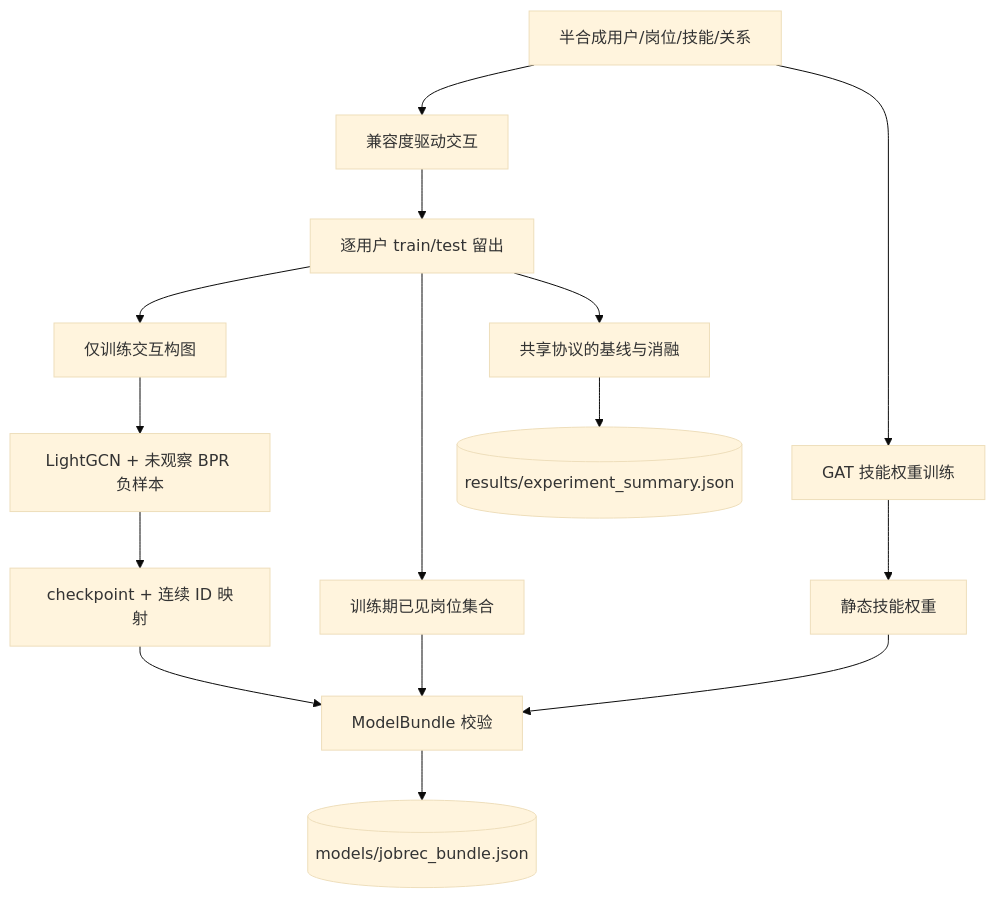
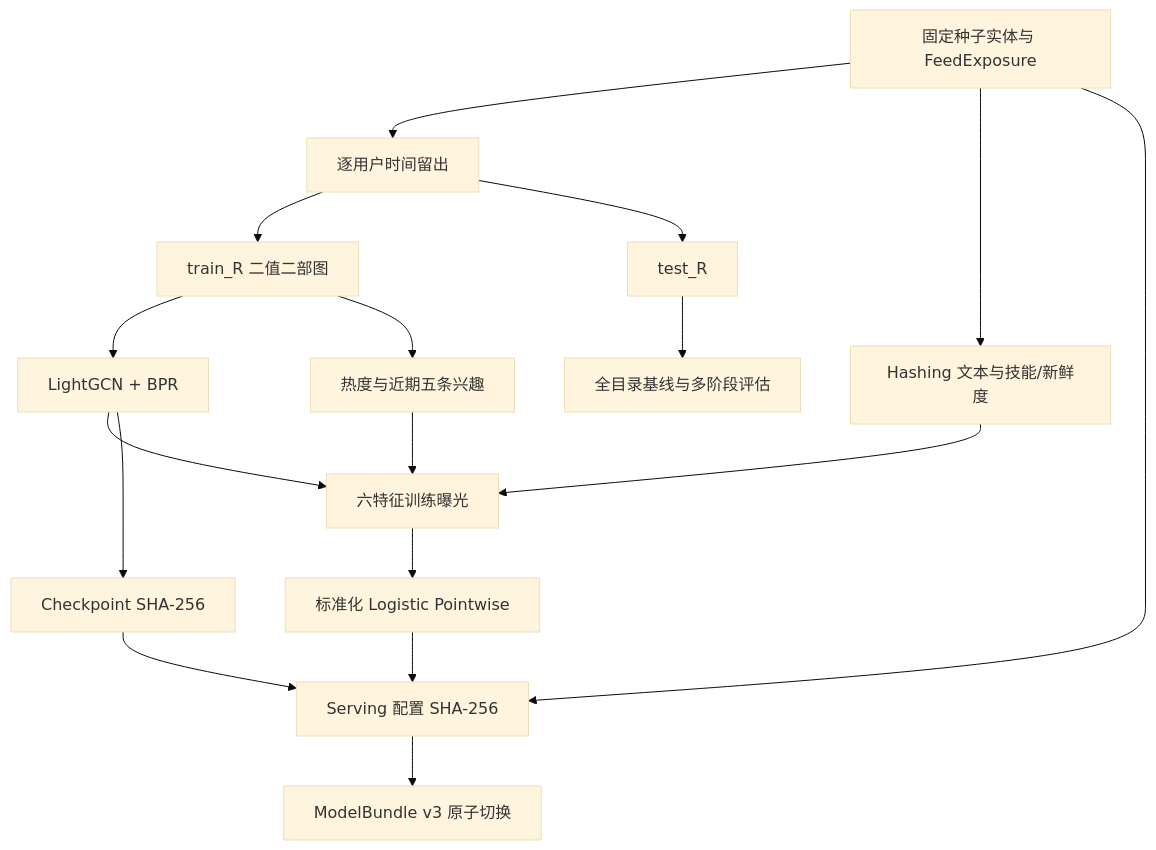
One commit to Nocturne228/Job_rec_sys_base_KG changed the first of 2 diagrams in docs/architecture.md. Above: the diagram before and after it, drawn with Mermaid (base theme). The commit also changed other lines of this file and 96 other files, not shown here.

````diff
--- a/docs/architecture.md
+++ b/docs/architecture.md
@@ -81,17 +30,19 @@
 ```mermaid
 flowchart TD
-  A["半合成用户/岗位/技能/关系"] --> B["兼容度驱动交互"]
-  B --> C["逐用户 train/test 留出"]
-  C --> D["仅训练交互构图"]
-  D --> E["LightGCN + 未观察 BPR 负样本"]
-  A --> F["GAT 技能权重训练"]
-  E --> G["checkpoint + 连续 ID 映射"]
-  F --> H["静态技能权重"]
-  C --> I["训练期已见岗位集合"]
-  G --> J["ModelBundle 校验"]
-  H --> J
-  I --> J
-  J --> K[("models/jobrec_bundle.json")]
-  C --> L["共享协议的基线与消融"]
-  L --> M[("results/experiment_summary.json")]
+  A["固定种子实体与 FeedExposure"] --> B["逐用户时间留出"]
+  B --> C["train_R 二值二部图"]
+  B --> D["test_R"]
+  C --> E["LightGCN + BPR"]
+  C --> F["热度与近期五条兴趣"]
+  A --> G["Hashing 文本与技能/新鲜度"]
+  E --> H["六特征训练曝光"]
+  F --> H
+  G --> H
+  H --> I["标准化 Logistic Pointwise"]
+  D --> J["全目录基线与多阶段评估"]
+  E --> K["Checkpoint SHA-256"]
+  I --> L["Serving 配置 SHA-256"]
+  K --> L
+  A --> L
+  L --> M["ModelBundle v3 原子切换"]
 ```
````
